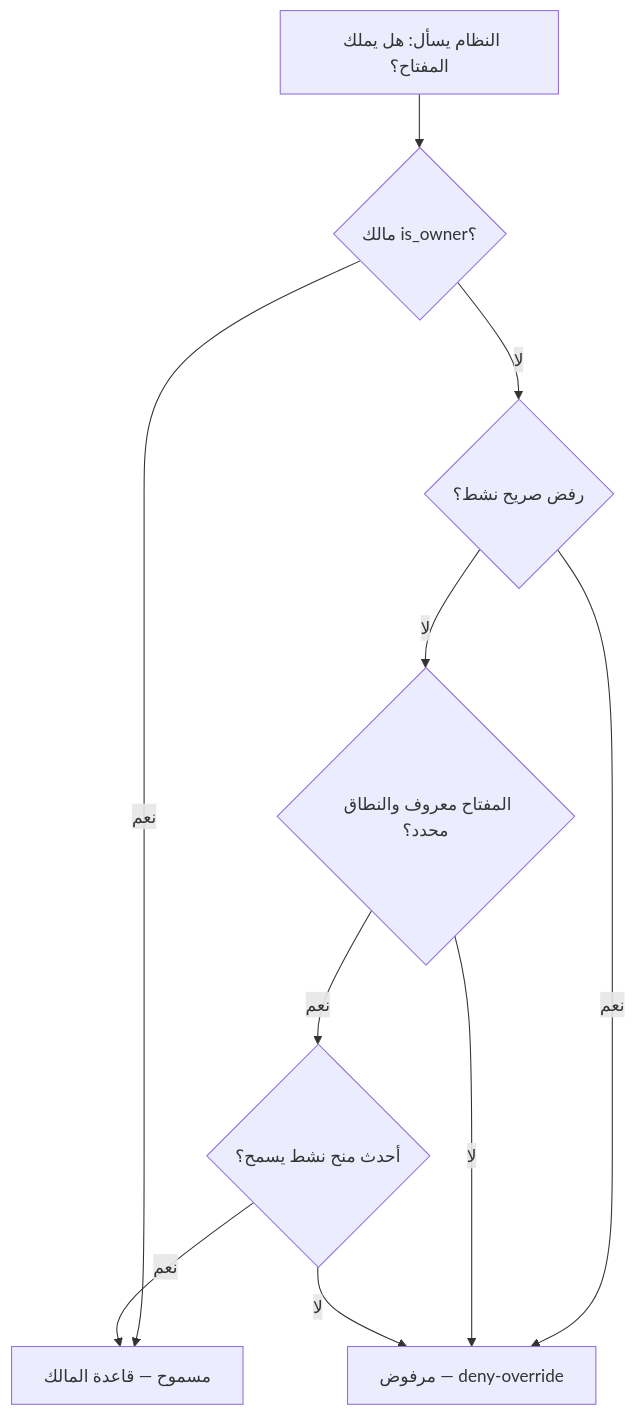
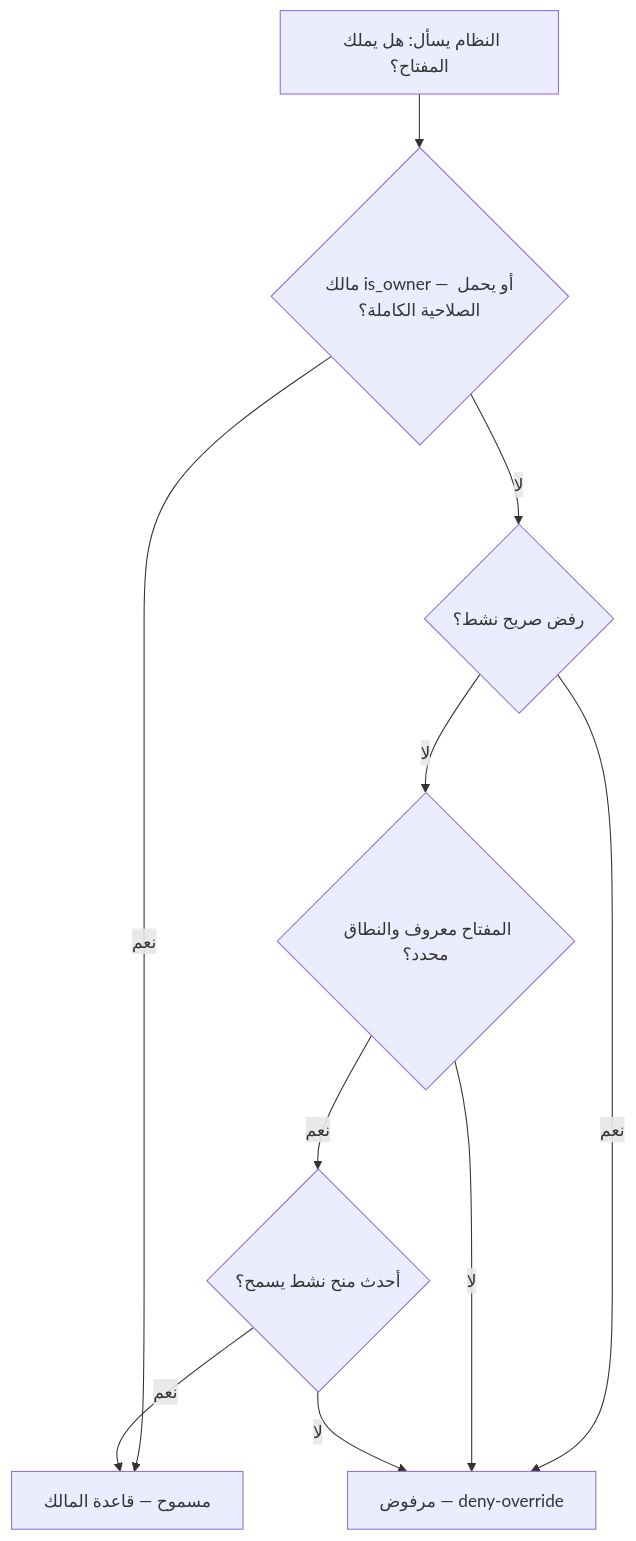
Before and after one commit to Bassam-mohammed-alqaeadi/family-os-v2: the fourth of 8 diagrams in docs/family-os/governance/phases/phase-1/S1-03-family-roles-and-permissions/SPEC.md, drawn with Mermaid. The commit also changed other lines of this file and 13 other files, not shown here.

````diff
--- a/docs/family-os/governance/phases/phase-1/S1-03-family-roles-and-permissions/SPEC.md
+++ b/docs/family-os/governance/phases/phase-1/S1-03-family-roles-and-permissions/SPEC.md
@@ -109,12 +114,12 @@
 ```mermaid
 flowchart TD
-    Ask["النظام يسأل: هل يملك المفتاح؟"] --> Owner{"مالك is_owner؟"}
+    Ask["النظام يسأل: هل يملك المفتاح؟"] --> Owner{"مالك is_owner — أو يحمل الصلاحية الكاملة؟"}
     Owner -->|نعم| Allow["مسموح — قاعدة المالك"]
     Owner -->|لا| Deny{"رفض صريح نشط؟"}
     Deny -->|نعم| Refuse["مرفوض — deny-override"]
     Deny -->|لا| Known{"المفتاح معروف والنطاق محدد؟"}
     Known -->|لا| Refuse
     Known -->|نعم| Grant{"أحدث منح نشط يسمح؟"}
     Grant -->|نعم| Allow
     Grant -->|لا| Refuse
 ```
````
